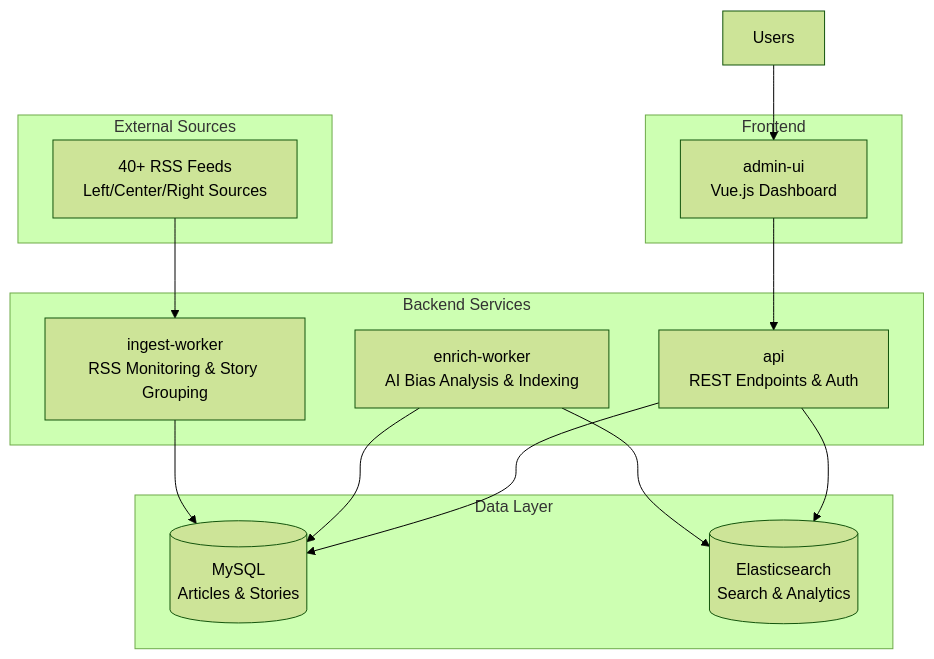
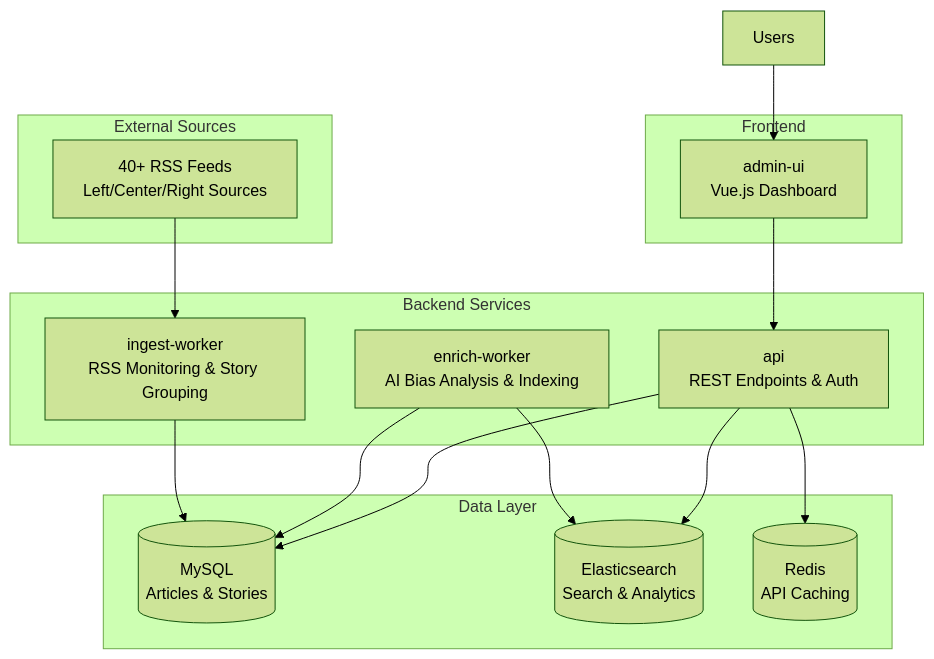
One commit to yuvibirdi/open-bias changed the diagram in README.md. Above: the diagram before and after it, drawn with Mermaid (forest theme). The commit also changed other lines of this file and 18 other files, not shown here.

Commit message:
added redis caching + bugfixing for search and ui

````diff
--- a/README.md
+++ b/README.md
@@ -20,31 +16,33 @@
 ```mermaid
 graph TD
     subgraph "External Sources"
         RSS[40+ RSS Feeds<br/>Left/Center/Right Sources]
     end
 
     subgraph "Backend Services"
         IW[ingest-worker<br/>RSS Monitoring & Story Grouping]
         EW[enrich-worker<br/>AI Bias Analysis & Indexing]
         API[api<br/>REST Endpoints & Auth]
     end
 
     subgraph "Data Layer"
         MySQL[(MySQL<br/>Articles & Stories)]
         ES[(Elasticsearch<br/>Search & Analytics)]
+        Redis[(Redis<br/>API Caching)]
     end
 
     subgraph "Frontend"
         UI[admin-ui<br/>Vue.js Dashboard]
     end
 
     RSS --> IW
     IW --> MySQL
     EW --> MySQL
     EW --> ES
     API --> MySQL
     API --> ES
+    API --> Redis
     UI --> API
 
     User[ Users] --> UI
 ```
````
